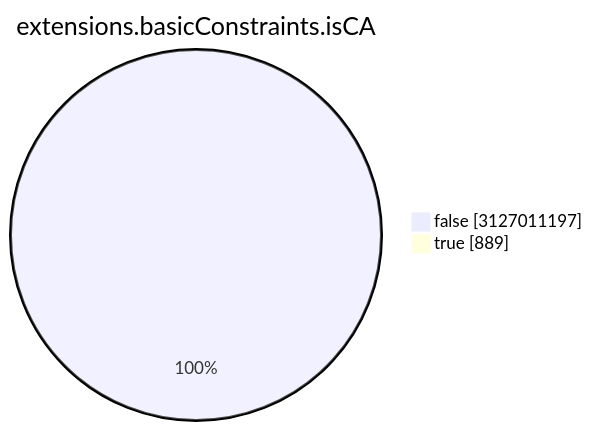
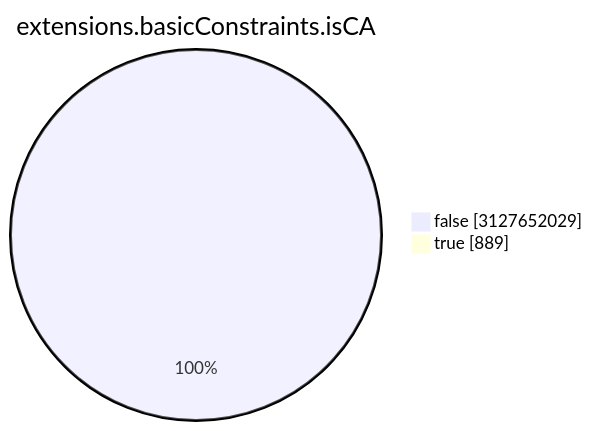
Before and after one commit to christiankrug/ctmonitor_visualization: the seventh of 15 diagrams in TOTAL/README.md, drawn with Mermaid. The commit also changed other lines of this file, not shown here.

````diff
--- a/TOTAL/README.md
+++ b/TOTAL/README.md
@@ -3088,6 +3088,6 @@
 ```mermaid
 pie showData
 title extensions.basicConstraints.isCA
-"false" :3127011197
+"false" :3127652029
 "true" :889
 ```
````
